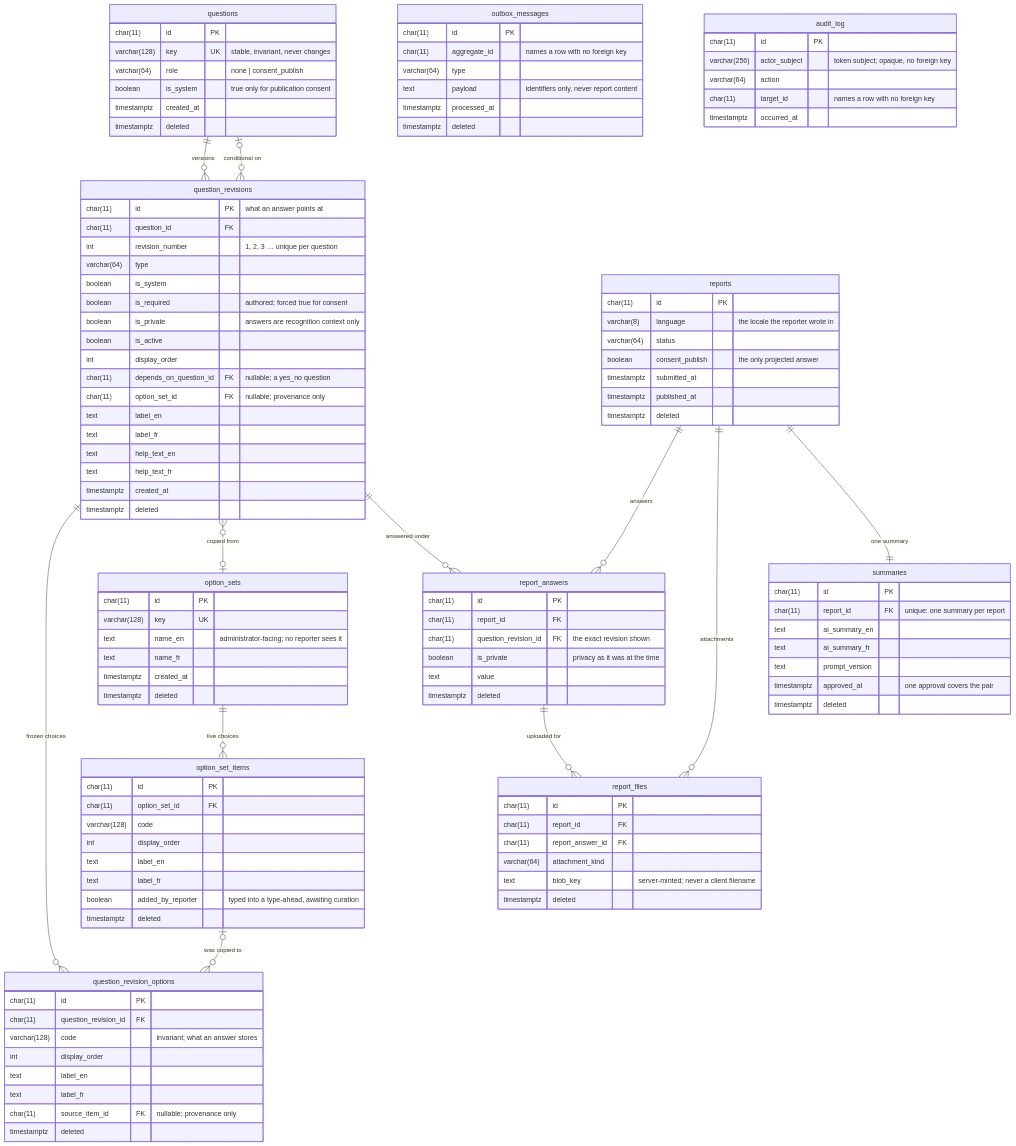
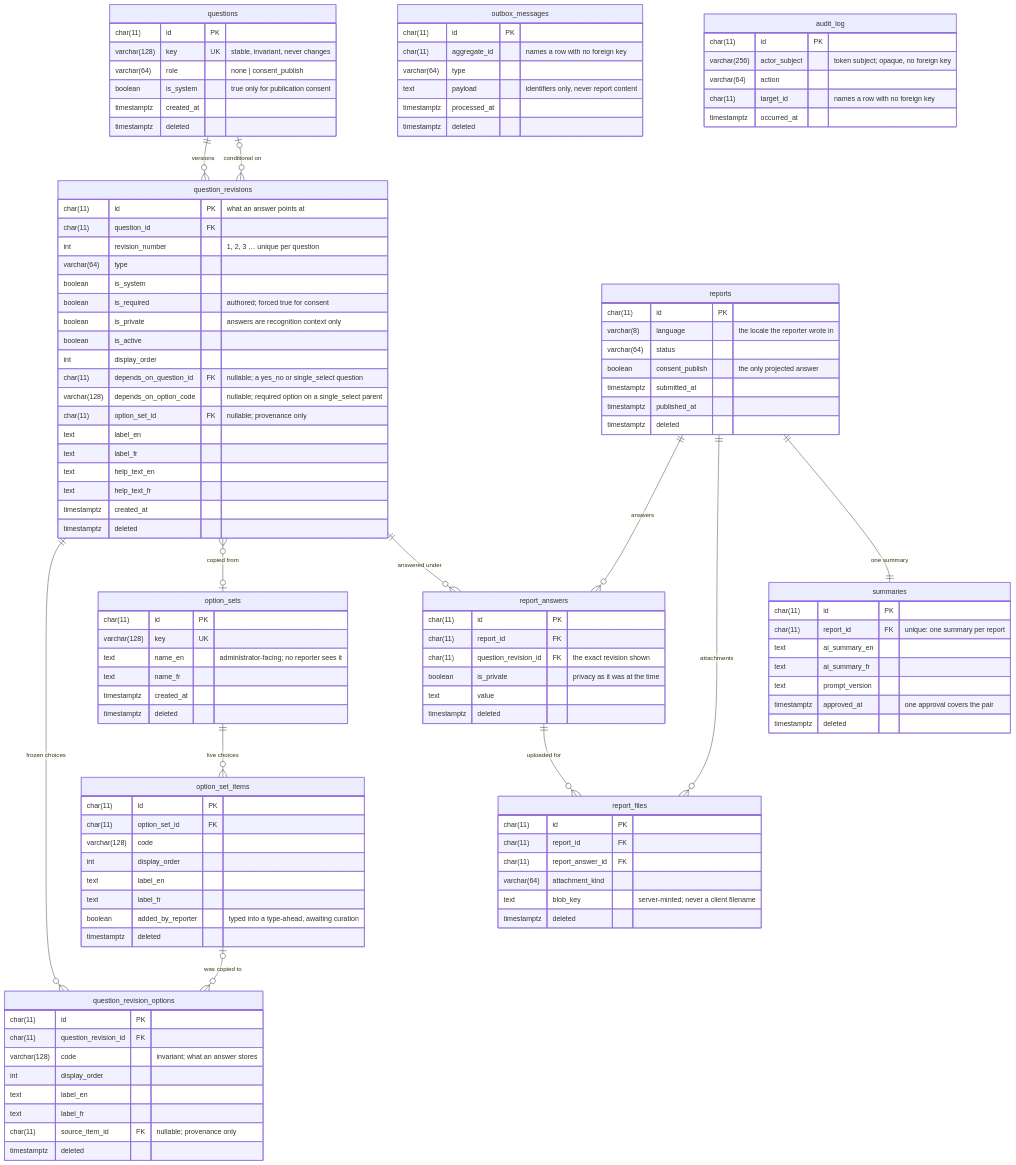
The diagram in src/HpacSafety.Infrastructure/Persistence/Migrations/README.md (HPAC-Safety/safety-report), drawn with Mermaid before and after one commit. The commit also changed other lines of this file and 23 other files, not shown here.

First line of the commit message:
Extend conditional questions to a single-select parent's option (#224)

```diff
--- a/src/HpacSafety.Infrastructure/Persistence/Migrations/README.md
+++ b/src/HpacSafety.Infrastructure/Persistence/Migrations/README.md
@@ -80,7 +80,8 @@
         boolean is_private "answers are recognition context only"
         boolean is_active
         int display_order
-        char(11) depends_on_question_id FK "nullable; a yes_no question"
+        char(11) depends_on_question_id FK "nullable; a yes_no or single_select question"
+        varchar(128) depends_on_option_code "nullable; required option on a single_select parent"
         char(11) option_set_id FK "nullable; provenance only"
         text label_en
         text label_fr
```
